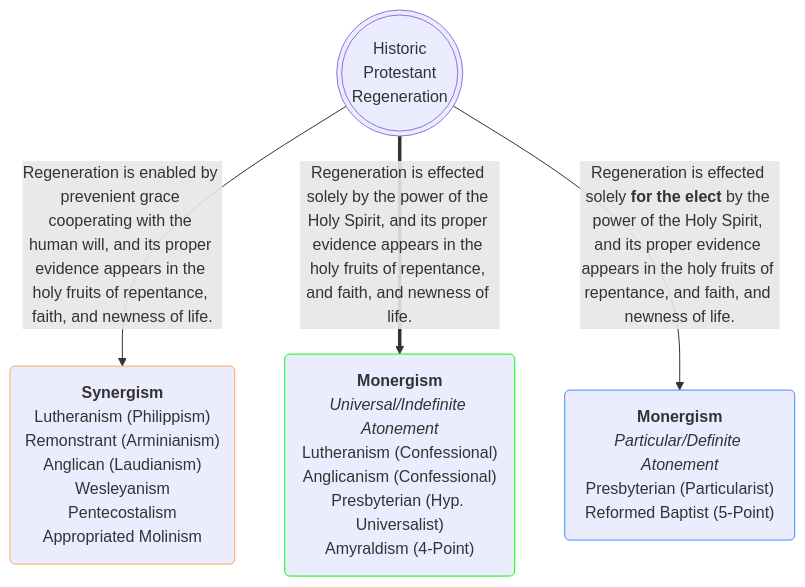
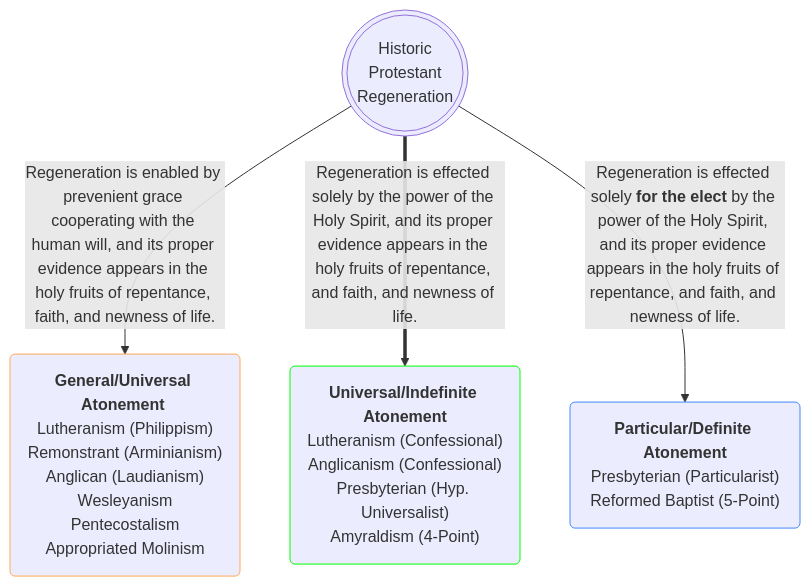
The third of 4 diagrams in _posts/2025-08-03-historic-protestant-position.markdown (OrdoLuminis/ordoluminis.github.io), drawn with Mermaid before and after one commit. The commit also changed other lines of this file, not shown here.

````diff
--- a/_posts/2025-08-03-historic-protestant-position.markdown
+++ b/_posts/2025-08-03-historic-protestant-position.markdown
@@ -339,10 +101,10 @@
 ```mermaid
 flowchart TD
     A(((Historic<br>Protestant<br>Regeneration)))
-    A -->|Regeneration is enabled by prevenient grace cooperating with the human will, and its proper evidence appears in the holy fruits of repentance, faith, and newness of life.| H(<strong>Synergism</strong><br>Lutheranism &lpar;Philippism&rpar;<br>Remonstrant &lpar;Arminianism&rpar;<br>Anglican &lpar;Laudianism&rpar;<br>Wesleyanism<br>Pentecostalism<br>Appropriated Molinism):::orange
-    A ==>|Regeneration is effected solely by the power of the Holy Spirit, and its proper evidence appears in the holy fruits of repentance, and faith, and newness of life.| G(<strong>Monergism</strong><br><em>Universal/Indefinite Atonement</em><br>Lutheranism &lpar;Confessional&rpar;<br>Anglicanism &lpar;Confessional&rpar;<br>Presbyterian &lpar;Hyp. Universalist&rpar;<br>Amyraldism &lpar;4-Point&rpar;):::green
-    A -->|Regeneration is effected solely <strong>for the elect</strong> by the power of the Holy Spirit, and its proper evidence appears in the holy fruits of repentance, and faith, and newness of life.| P(<strong>Monergism</strong><br><em>Particular/Definite Atonement</em><br>Presbyterian &lpar;Particularist&rpar;<br>Reformed Baptist &lpar;5-Point&rpar;):::blue
+    A -->|Regeneration is enabled by prevenient grace cooperating with the human will, and its proper evidence appears in the holy fruits of repentance, faith, and newness of life.| H(<strong>General/Universal Atonement </strong><br>Lutheranism &lpar;Philippism&rpar;<br>Remonstrant &lpar;Arminianism&rpar;<br>Anglican &lpar;Laudianism&rpar;<br>Wesleyanism<br>Pentecostalism<br>Appropriated Molinism):::orange
+    A ==>|Regeneration is effected solely by the power of the Holy Spirit, and its proper evidence appears in the holy fruits of repentance, and faith, and newness of life.| G(<strong>Universal/Indefinite Atonement</strong><br>Lutheranism &lpar;Confessional&rpar;<br>Anglicanism &lpar;Confessional&rpar;<br>Presbyterian &lpar;Hyp. Universalist&rpar;<br>Amyraldism &lpar;4-Point&rpar;):::green
+    A -->|Regeneration is effected solely <strong>for the elect</strong> by the power of the Holy Spirit, and its proper evidence appears in the holy fruits of repentance, and faith, and newness of life.| P(<strong>Particular/Definite Atonement</strong><br>Presbyterian &lpar;Particularist&rpar;<br>Reformed Baptist &lpar;5-Point&rpar;):::blue
     classDef green stroke:#0f0
     classDef orange stroke:#fa5
     classDef blue stroke:#48f
 ```
````
